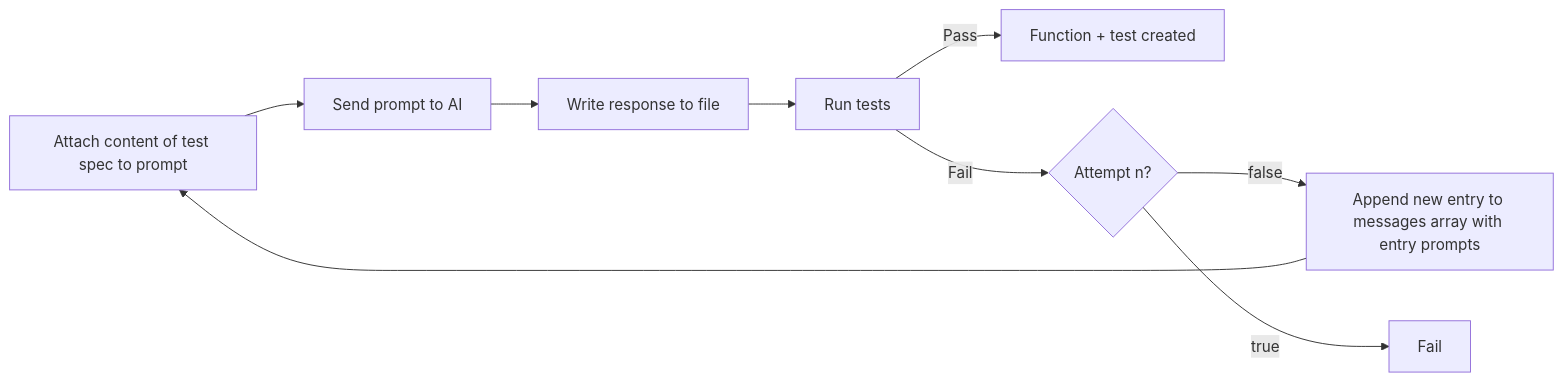
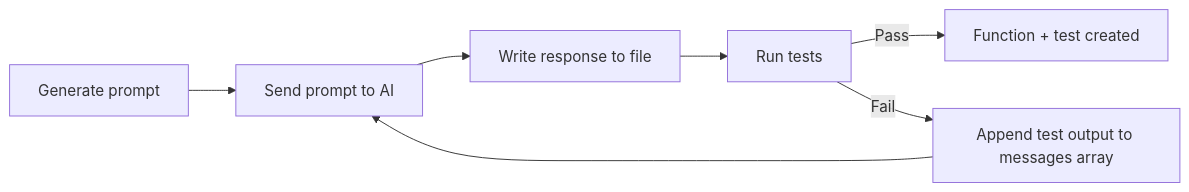
Before and after one commit to CodyBontecou/blog: the first of 3 diagrams in content/agentic-tdd-with-typescript-and-openai.md, drawn with Mermaid. The commit also changed other lines of this file, not shown here.

````diff
--- a/content/agentic-tdd-with-typescript-and-openai.md
+++ b/content/agentic-tdd-with-typescript-and-openai.md
@@ -24,12 +24,10 @@
 ```mermaid
 flowchart LR
-    C[Attach content of test spec to prompt];
+    C[Generate prompt];
     C --> D[Send prompt to AI];
     D --> E[Write response to file];
     E --> F[Run tests];
     F -->|Pass| G[Function + test created];
-    F -->|Fail| I{Attempt n?};
-    I -->|false| J[Append new entry to messages array with entry prompts];
-    J --> C;
-    I -->|true| K[Fail];
+    F -->|Fail| I[Append test output to messages array];
+    I --> D;
 ```
````
